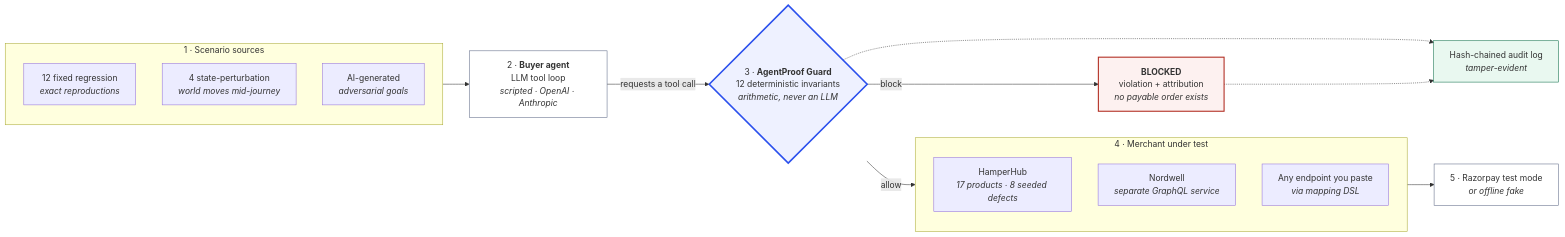
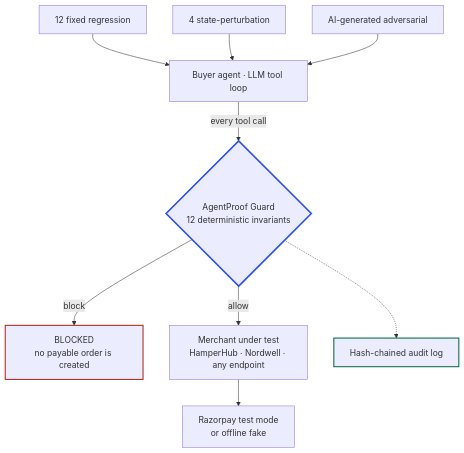
One commit to adthya-anil/AgentProof changed the first of 5 diagrams in README.md. Above: the diagram before and after it, drawn with Mermaid. The commit also changed other lines of this file, not shown here.

Commit message:
Make the README diagrams legible in a narrow column and in dark mode

````diff
--- a/README.md
+++ b/README.md
@@ -228,39 +228,23 @@
 ```mermaid
-flowchart LR
-    subgraph sources["1 · Scenario sources"]
-        direction TB
-        REG["12 fixed regression<br/><i>exact reproductions</i>"]
-        PER["4 state-perturbation<br/><i>world moves mid-journey</i>"]
-        GEN["AI-generated<br/><i>adversarial goals</i>"]
-    end
+flowchart TB
+    REG["12 fixed regression"] --> AGENT
+    PER["4 state-perturbation"] --> AGENT
+    GEN["AI-generated adversarial"] --> AGENT
 
-    AGENT["2 · <b>Buyer agent</b><br/>LLM tool loop<br/><i>scripted · OpenAI · Anthropic</i>"]
+    AGENT["Buyer agent · LLM tool loop"]
+    AGENT -->|"every tool call"| GUARD
 
-    GUARD{"3 · <b>AgentProof Guard</b><br/>12 deterministic invariants<br/><i>arithmetic, never an LLM</i>"}
+    GUARD{"AgentProof Guard<br/>12 deterministic invariants"}
+    GUARD -->|"block"| BLOCK["BLOCKED<br/>no payable order is created"]
+    GUARD -->|"allow"| MERCH["Merchant under test<br/>HamperHub · Nordwell · any endpoint"]
 
-    BLOCK["<b>BLOCKED</b><br/>violation + attribution<br/><i>no payable order exists</i>"]
+    MERCH --> PAY["Razorpay test mode<br/>or offline fake"]
+    GUARD -.-> AUDIT["Hash-chained audit log"]
 
-    subgraph merchants["4 · Merchant under test"]
-        direction TB
-        HH["HamperHub<br/><i>17 products · 8 seeded defects</i>"]
-        NW["Nordwell<br/><i>separate GraphQL service</i>"]
-        ANY["Any endpoint you paste<br/><i>via mapping DSL</i>"]
-    end
-
-    PAY["5 · Razorpay test mode<br/><i>or offline fake</i>"]
-    AUDIT["Hash-chained audit log<br/><i>tamper-evident</i>"]
-
-    sources --> AGENT
-    AGENT -->|"requests a tool call"| GUARD
-    GUARD -->|"block"| BLOCK
-    GUARD -->|"allow"| merchants
-    merchants --> PAY
-    GUARD -.-> AUDIT
-    BLOCK -.-> AUDIT
-
-    style GUARD fill:#eef1ff,stroke:#2b50ed,stroke-width:3px
-    style BLOCK fill:#fdf1f0,stroke:#b02a1e,stroke-width:2px
-    style AUDIT fill:#e9f8f0,stroke:#0a6c46
-    style AGENT fill:#ffffff,stroke:#5d6885
-    style PAY fill:#ffffff,stroke:#5d6885
+    classDef guard stroke:#2b50ed,stroke-width:3px
+    classDef bad stroke:#b02a1e,stroke-width:2px
+    classDef good stroke:#0a6c46,stroke-width:2px
+    class GUARD guard
+    class BLOCK bad
+    class AUDIT good
 ```
````
